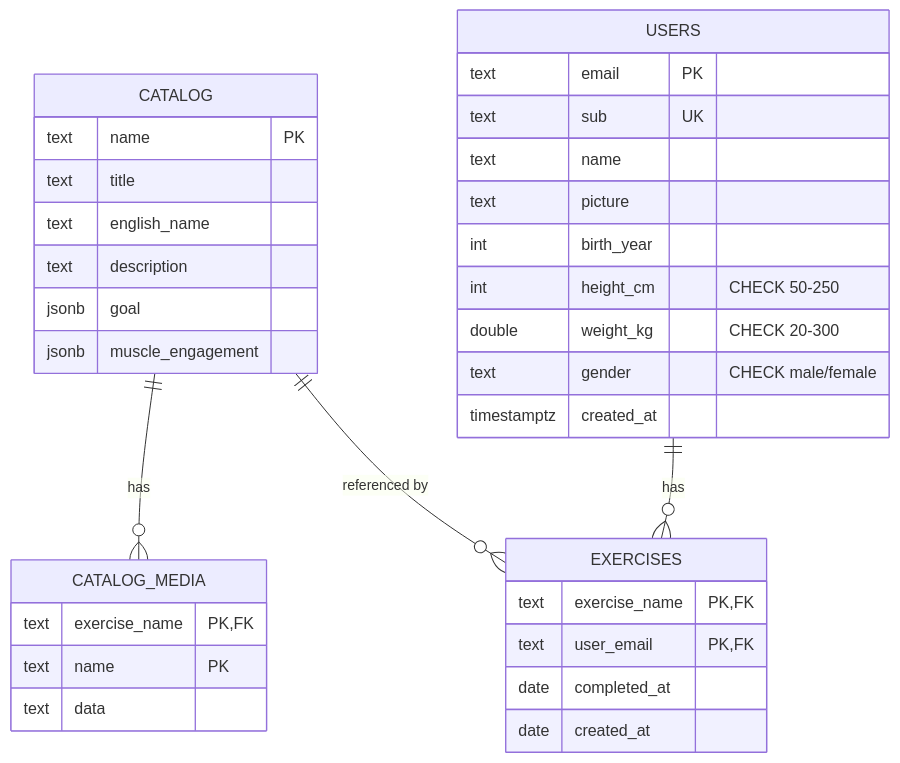
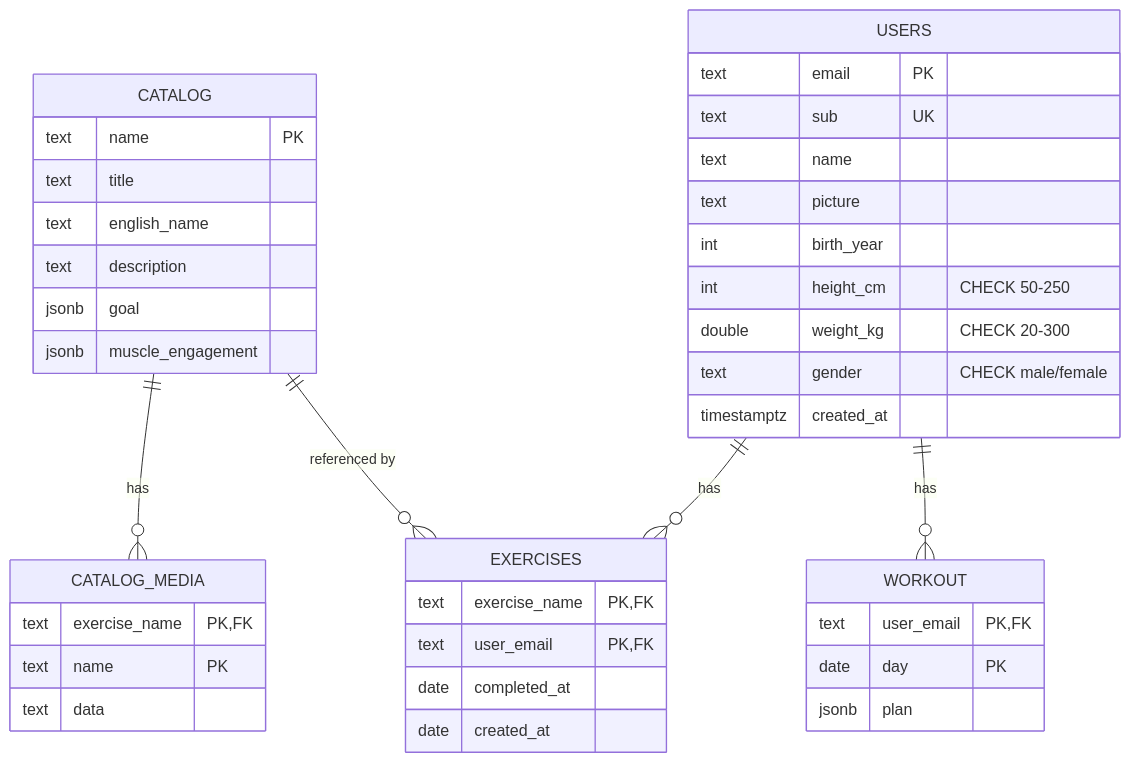
The diagram in SQL_DB/README.md (Kolomaznik/trener), drawn with Mermaid before and after one commit. The commit also changed other lines of this file and 5 other files, not shown here.

````diff
--- a/SQL_DB/README.md
+++ b/SQL_DB/README.md
@@ -17,36 +17,42 @@
 ```mermaid
 erDiagram
     CATALOG {
         text name PK
         text title
         text english_name
         text description
         jsonb goal
         jsonb muscle_engagement
     }
     CATALOG_MEDIA {
         text exercise_name PK,FK
         text name PK
         text data
     }
     USERS {
         text email PK
         text sub UK
         text name
         text picture
         int birth_year
         int height_cm "CHECK 50-250"
         double weight_kg "CHECK 20-300"
         text gender "CHECK male/female"
         timestamptz created_at
     }
     EXERCISES {
         text exercise_name PK,FK
         text user_email PK,FK
         date completed_at
         date created_at
     }
+    WORKOUT {
+        text user_email PK,FK
+        date day PK
+        jsonb plan
+    }
     CATALOG ||--o{ CATALOG_MEDIA : "has"
     USERS ||--o{ EXERCISES : "has"
+    USERS ||--o{ WORKOUT : "has"
     CATALOG ||--o{ EXERCISES : "referenced by"
 ```
````
